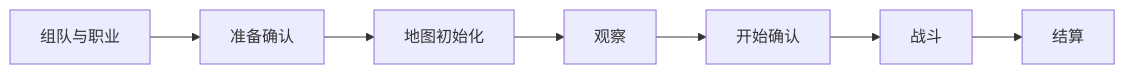
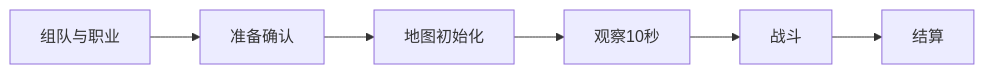
Before and after one commit to ShiinaYumeka/wallwar-rebirth: the diagram in docs/game-design.md, drawn with Mermaid. The commit also changed other lines of this file and 22 other files, not shown here.

````diff
--- a/docs/game-design.md
+++ b/docs/game-design.md
@@ -32,9 +32,8 @@
 ```mermaid
 flowchart LR
   lobby[组队与职业] --> ready[准备确认]
   ready --> gen[地图初始化]
-  gen --> watch[观察]
-  watch --> start[开始确认]
-  start --> fight[战斗]
+  gen --> watch[观察10秒]
+  watch --> fight[战斗]
   fight --> settle[结算]
 ```
````
